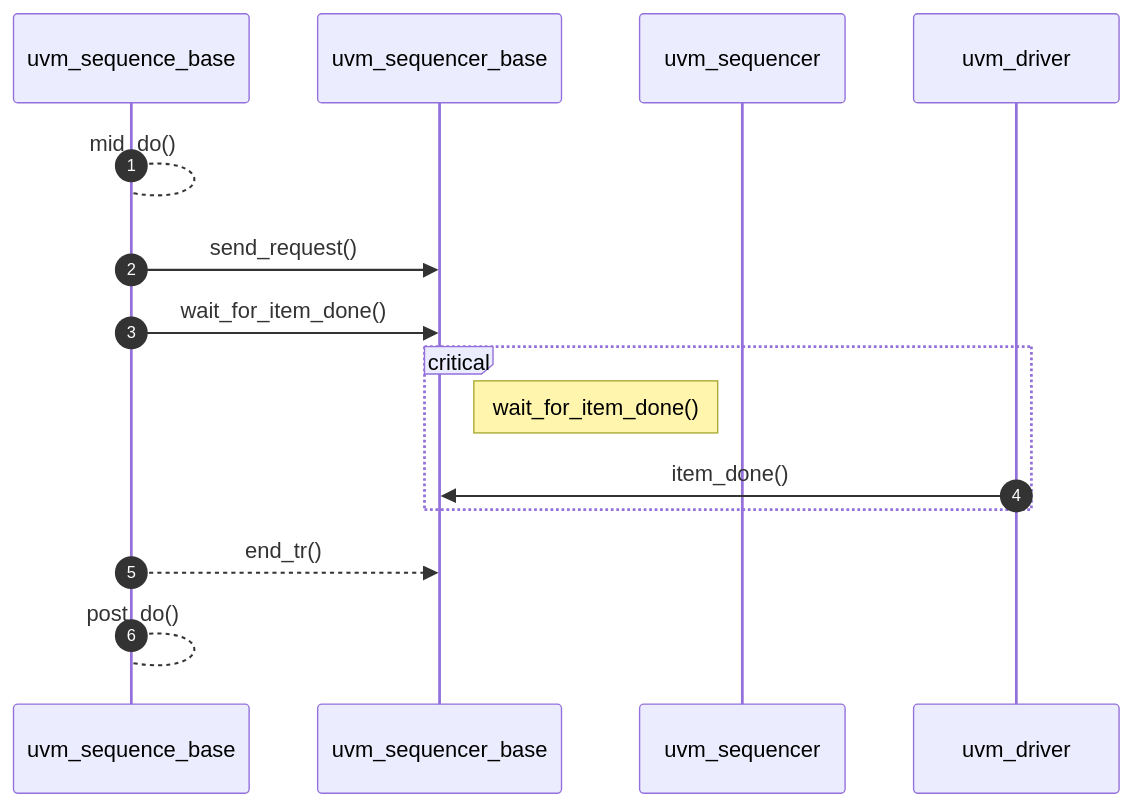
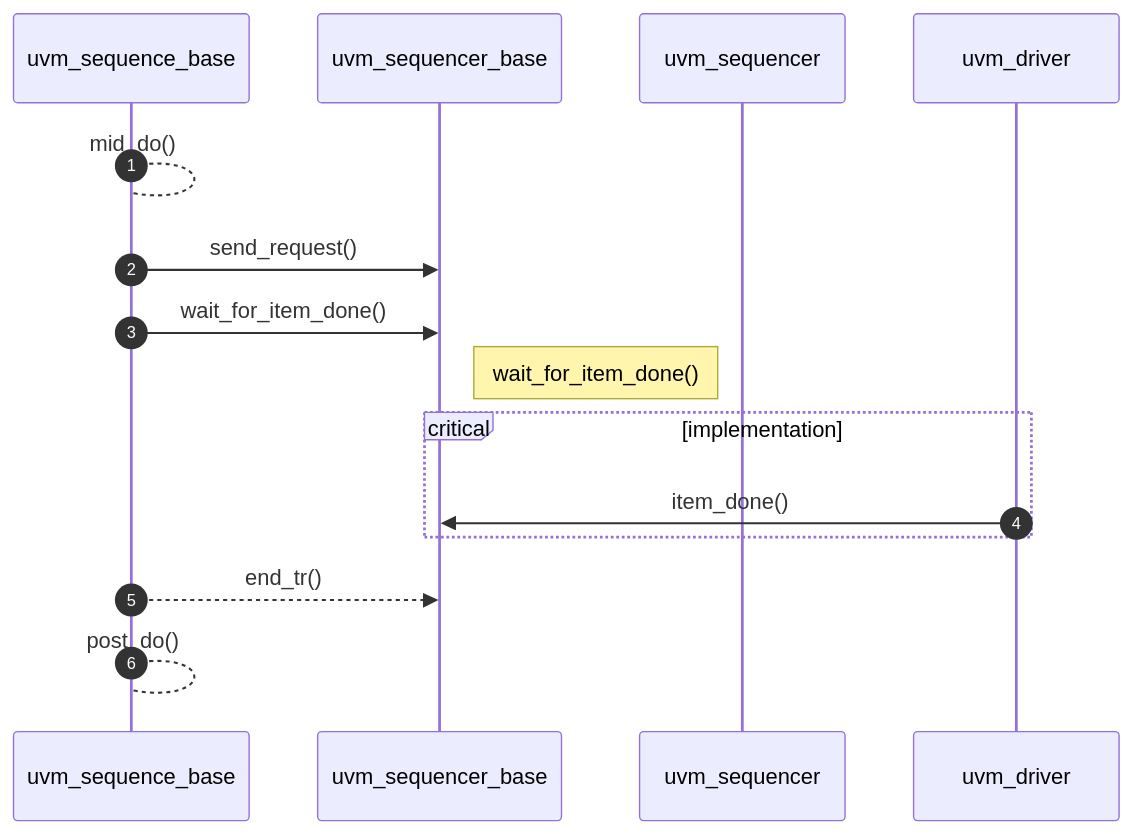
Before and after one commit to dsshin1us/uvm_info: the third of 4 diagrams in sequence/sequence_base.md, drawn with Mermaid. The commit also changed other lines of this file, not shown here.

Commit message:
mermaid issue with git

````diff
--- a/sequence/sequence_base.md
+++ b/sequence/sequence_base.md
@@ -71,17 +72,17 @@
 ```mermaid
 sequenceDiagram
     participant uvm_sequence_base
     participant uvm_sequencer_base
     participant uvm_sequencer
     participant uvm_driver
     autonumber
         uvm_sequence_base --> uvm_sequence_base: mid_do()
         uvm_sequence_base ->> uvm_sequencer_base: send_request()
         uvm_sequence_base ->> uvm_sequencer_base: wait_for_item_done()
-        critical
-            Note right of uvm_sequencer_base : wait_for_item_done()
+        Note right of uvm_sequencer_base : wait_for_item_done()
+        critical implementation
             uvm_driver ->> uvm_sequencer_base: item_done()
         end
         uvm_sequence_base -->> uvm_sequencer_base: end_tr()
         uvm_sequence_base --> uvm_sequence_base: post_do()
 ```
````
